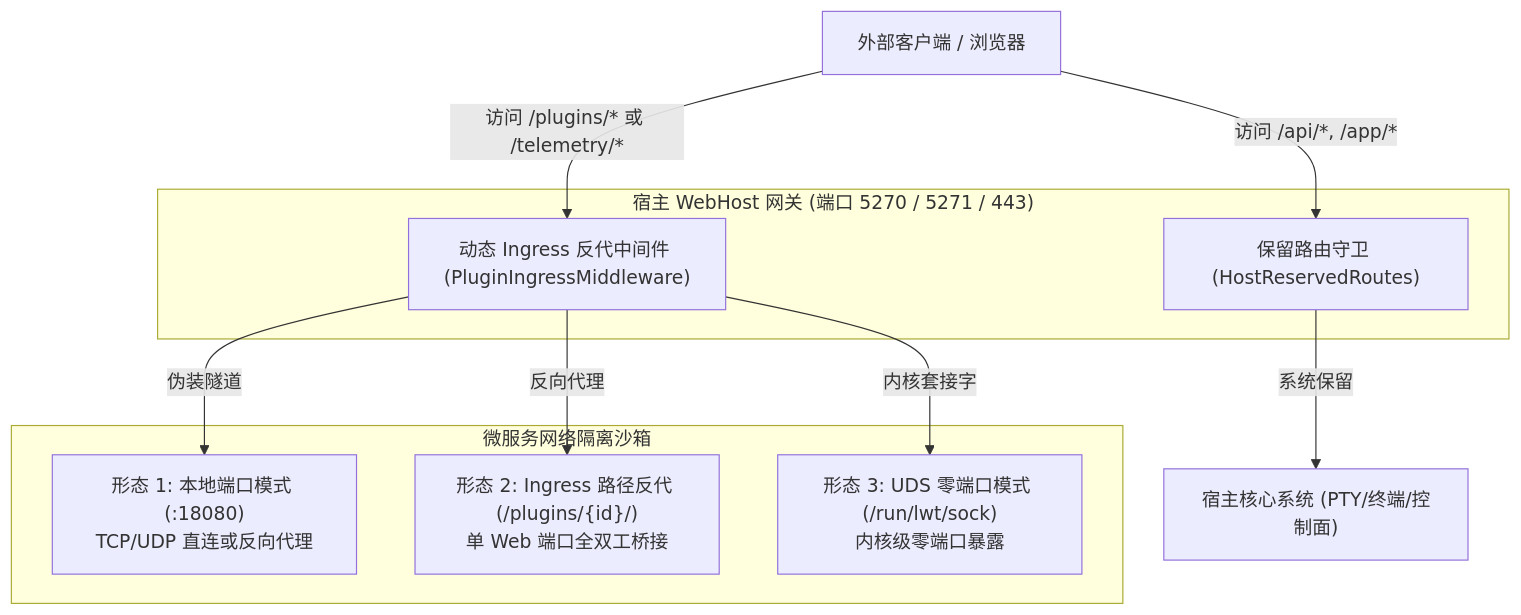
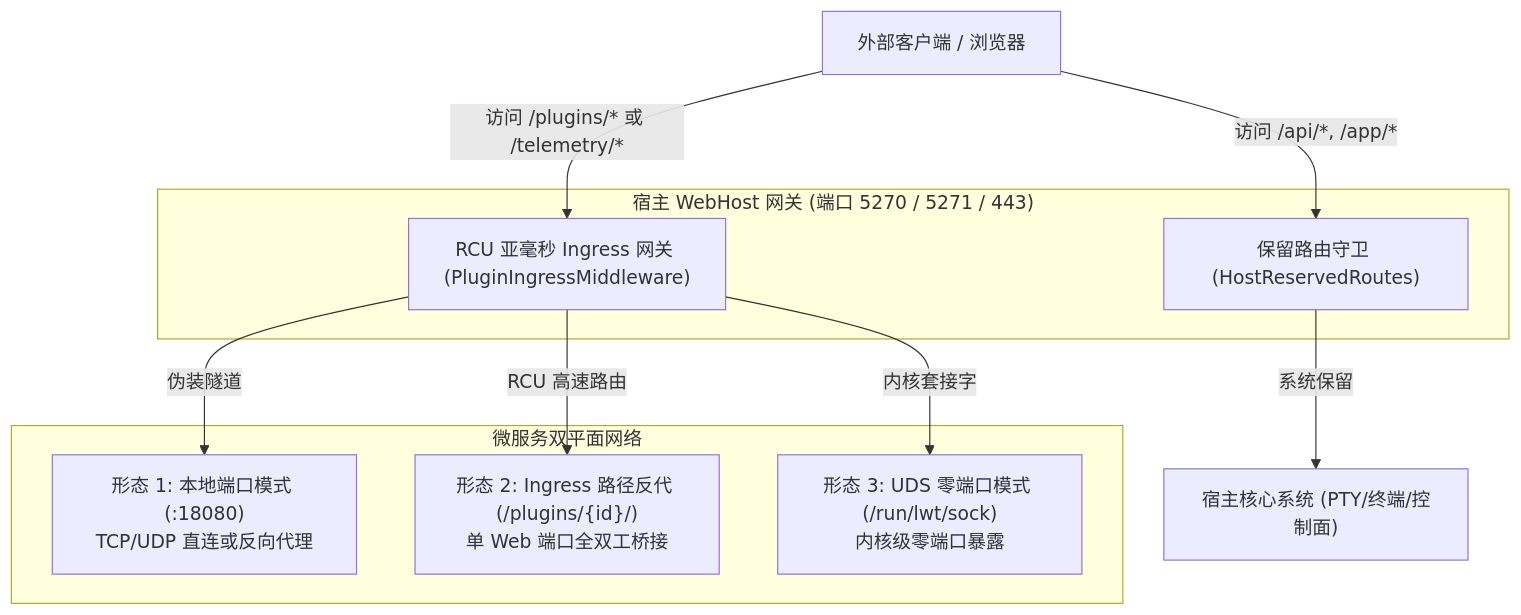
The first of 3 diagrams in docs/plugin-development-guide/03-network-ingress-and-stealth-tunnel.md (csvkse/LWT), drawn with Mermaid before and after one commit. The commit also changed other lines of this file and 499 other files, not shown here.

````diff
--- a/docs/plugin-development-guide/03-network-ingress-and-stealth-tunnel.md
+++ b/docs/plugin-development-guide/03-network-ingress-and-stealth-tunnel.md
@@ -11,22 +11,22 @@
 ```mermaid
 graph TD
     Client["外部客户端 / 浏览器"]
 
     subgraph "宿主 WebHost 网关 (端口 5270 / 5271 / 443)"
         R1["保留路由守卫 (HostReservedRoutes)"]
-        Ingress["动态 Ingress 反代中间件 (PluginIngressMiddleware)"]
+        Ingress["RCU 亚毫秒 Ingress 网关 (PluginIngressMiddleware)"]
     end
 
-    subgraph "微服务网络隔离沙箱"
+    subgraph "微服务双平面网络"
         PortSvc["形态 1: 本地端口模式 (:18080)<br/>TCP/UDP 直连或反向代理"]
         PathSvc["形态 2: Ingress 路径反代 (/plugins/{id}/)<br/>单 Web 端口全双工桥接"]
         UdsSvc["形态 3: UDS 零端口模式 (/run/lwt/sock)<br/>内核级零端口暴露"]
     end
 
     Client -->|访问 /api/*, /app/*| R1
     R1 -->|系统保留| HostApp["宿主核心系统 (PTY/终端/控制面)"]
     Client -->|访问 /plugins/* 或 /telemetry/*| Ingress
-    Ingress -->|反向代理| PathSvc
+    Ingress -->|RCU 高速路由| PathSvc
     Ingress -->|伪装隧道| PortSvc
     Ingress -->|内核套接字| UdsSvc
 ```
````
